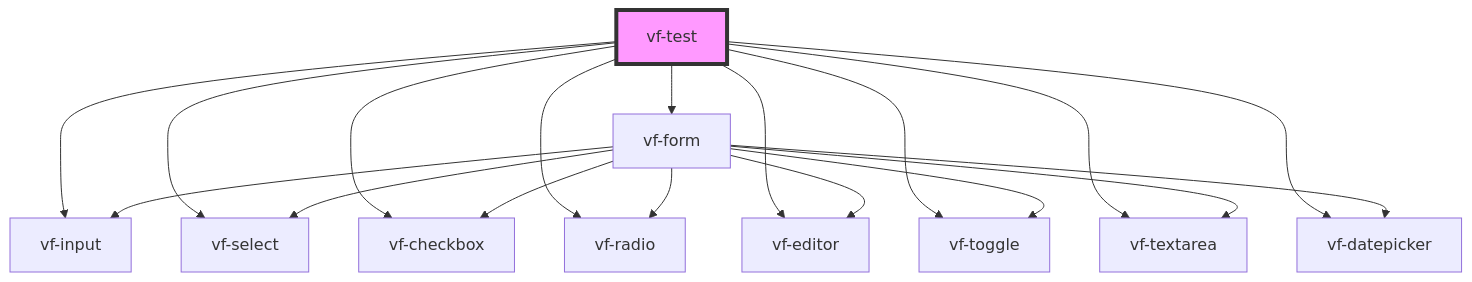
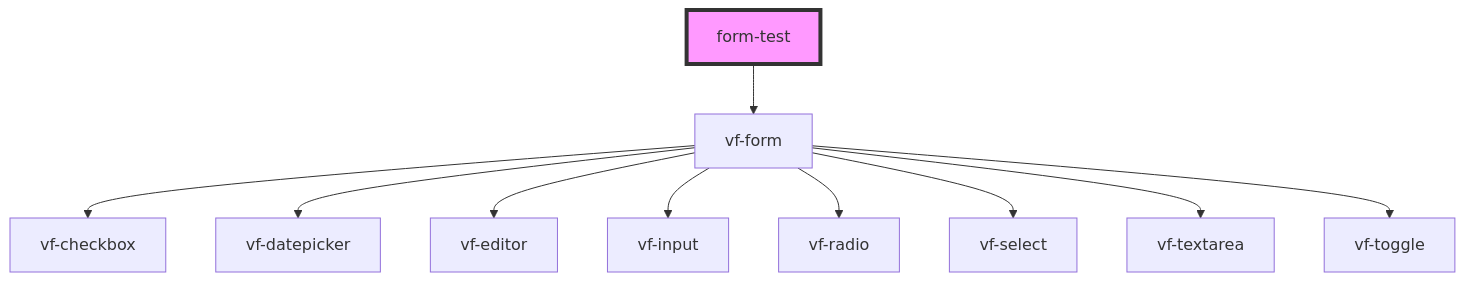
One commit to ols87/formable changed the diagram in src/readme.md. Above: the diagram before and after it, drawn with Mermaid. The commit also changed other lines of this file and 28 other files, not shown here.

````diff
--- a/src/readme.md
+++ b/src/readme.md
@@ -45,21 +22,13 @@
 ```mermaid
 graph TD;
-  vf-test --> vf-input
-  vf-test --> vf-select
-  vf-test --> vf-checkbox
-  vf-test --> vf-radio
-  vf-test --> vf-editor
-  vf-test --> vf-toggle
-  vf-test --> vf-textarea
-  vf-test --> vf-datepicker
-  vf-test --> vf-form
+  form-test --> vf-form
   vf-form --> vf-checkbox
   vf-form --> vf-datepicker
   vf-form --> vf-editor
   vf-form --> vf-input
   vf-form --> vf-radio
   vf-form --> vf-select
   vf-form --> vf-textarea
   vf-form --> vf-toggle
-  style vf-test fill:#f9f,stroke:#333,stroke-width:4px
+  style form-test fill:#f9f,stroke:#333,stroke-width:4px
 ```
````
